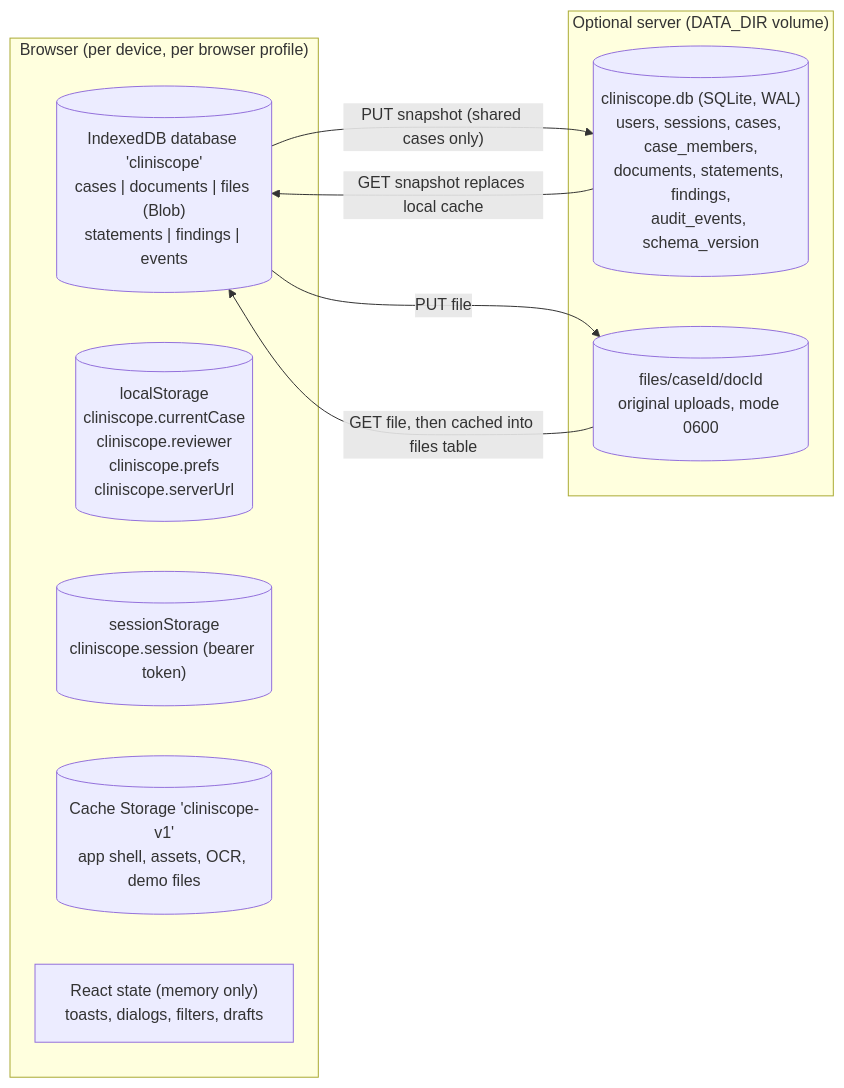
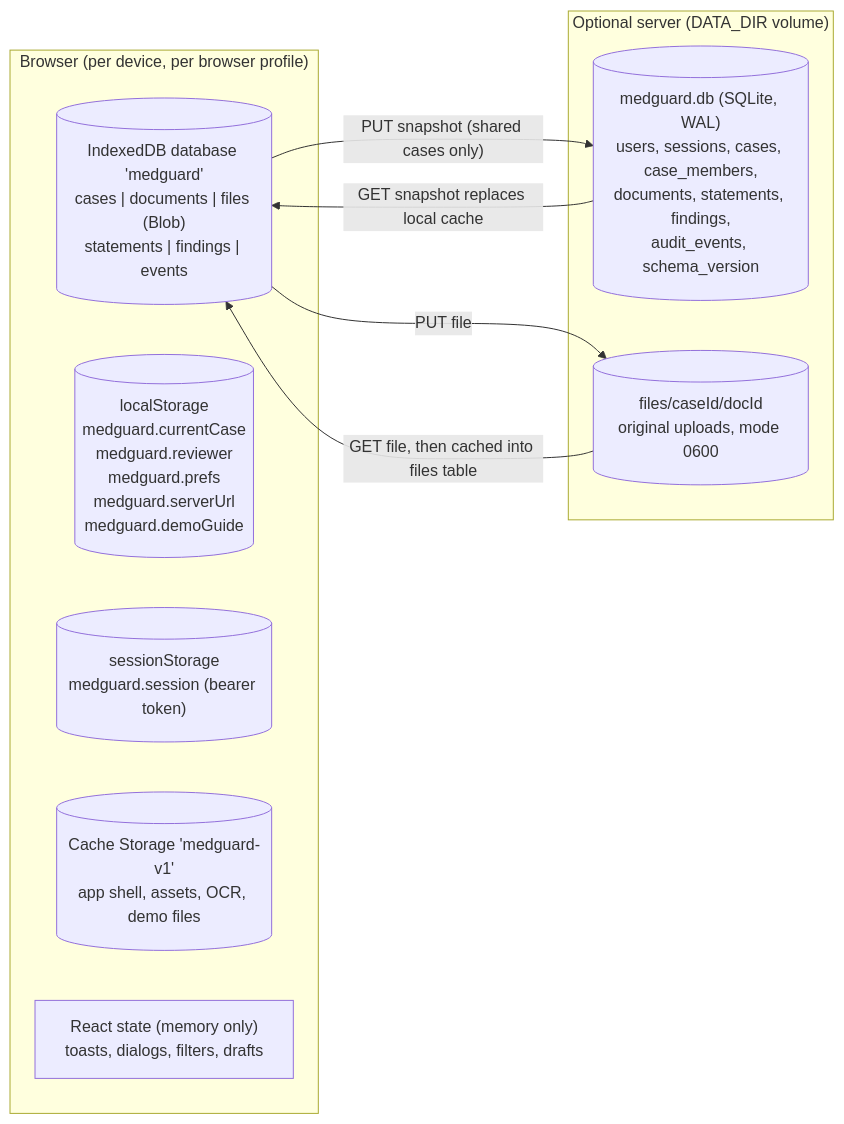
Before and after one commit to anirudhleetcode-max/cliniscope-healthcare-contradiction-detector: the third of 5 diagrams in docs/technical/ARCHITECTURE.md, drawn with Mermaid. The commit also changed other lines of this file and 8 other files, not shown here.

````diff
--- a/docs/technical/ARCHITECTURE.md
+++ b/docs/technical/ARCHITECTURE.md
@@ -144,18 +144,18 @@
 ```mermaid
 flowchart LR
     subgraph BrowserStorage["Browser (per device, per browser profile)"]
-        IDB[("IndexedDB database 'cliniscope'<br/>cases | documents | files (Blob)<br/>statements | findings | events")]
-        LSt[("localStorage<br/>cliniscope.currentCase<br/>cliniscope.reviewer<br/>cliniscope.prefs<br/>cliniscope.serverUrl")]
-        SSt[("sessionStorage<br/>cliniscope.session (bearer token)")]
-        CS[("Cache Storage 'cliniscope-v1'<br/>app shell, assets, OCR, demo files")]
+        IDB[("IndexedDB database 'medguard'<br/>cases | documents | files (Blob)<br/>statements | findings | events")]
+        LSt[("localStorage<br/>medguard.currentCase<br/>medguard.reviewer<br/>medguard.prefs<br/>medguard.serverUrl<br/>medguard.demoGuide")]
+        SSt[("sessionStorage<br/>medguard.session (bearer token)")]
+        CS[("Cache Storage 'medguard-v1'<br/>app shell, assets, OCR, demo files")]
         MEM["React state (memory only)<br/>toasts, dialogs, filters, drafts"]
     end
     subgraph ServerStorage["Optional server (DATA_DIR volume)"]
-        SQ[("cliniscope.db (SQLite, WAL)<br/>users, sessions, cases, case_members,<br/>documents, statements, findings,<br/>audit_events, schema_version")]
+        SQ[("medguard.db (SQLite, WAL)<br/>users, sessions, cases, case_members,<br/>documents, statements, findings,<br/>audit_events, schema_version")]
         FL[("files/caseId/docId<br/>original uploads, mode 0600")]
     end
     IDB -->|"PUT snapshot (shared cases only)"| SQ
     SQ -->|"GET snapshot replaces local cache"| IDB
     IDB -->|"PUT file"| FL
     FL -->|"GET file, then cached into files table"| IDB
 ```
````
